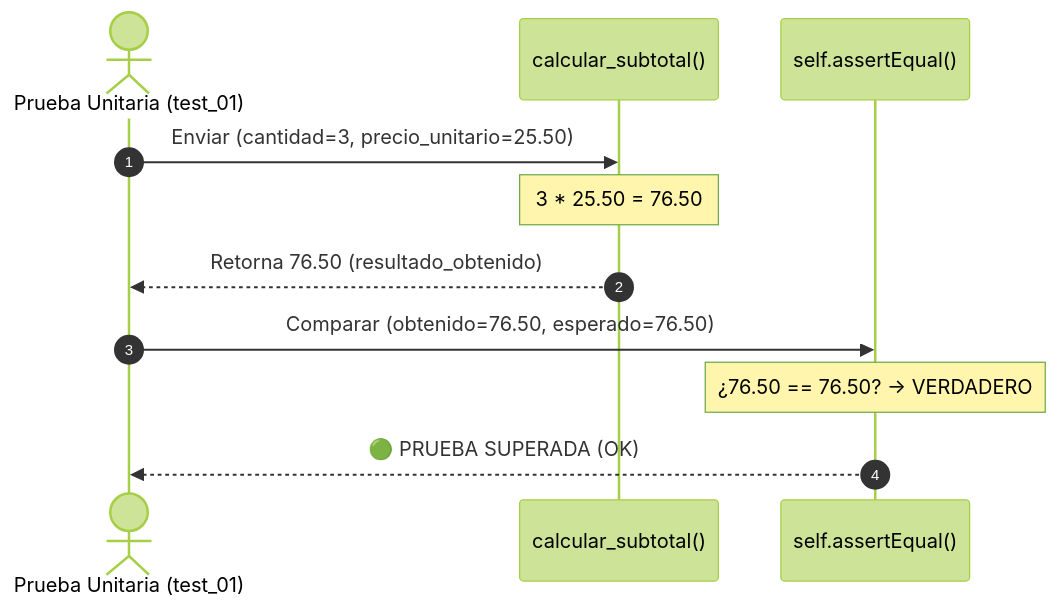
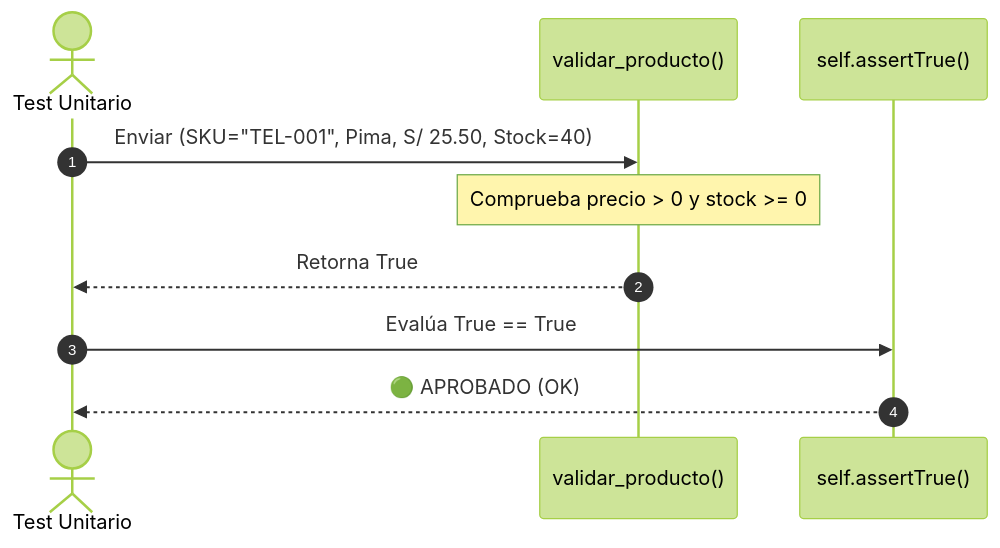
The third of 6 diagrams in pruebasUnitarias.md (AlvaroJesusC/web-textil), drawn with Mermaid (forest theme) before and after one commit. The commit also changed other lines of this file and 1 other file, not shown here.

````diff
--- a/pruebasUnitarias.md
+++ b/pruebasUnitarias.md
@@ -90,14 +91,13 @@
 ```mermaid
 sequenceDiagram
     autonumber
-    actor Tester as Prueba Unitaria (test_01)
-    participant Func as calcular_subtotal()
-    participant Assert as self.assertEqual()
+    actor Test as Test Unitario
+    participant Func as validar_producto()
+    participant Assert as self.assertTrue()
 
-    Tester->>Func: Enviar (cantidad=3, precio_unitario=25.50)
-    Note over Func: 3 * 25.50 = 76.50
-    Func-->>Tester: Retorna 76.50 (resultado_obtenido)
-    Tester->>Assert: Comparar (obtenido=76.50, esperado=76.50)
-    Note over Assert: ¿76.50 == 76.50? -> VERDADERO
-    Assert-->>Tester: 🟢 PRUEBA SUPERADA (OK)
+    Test->>Func: Enviar (SKU="TEL-001", Pima, S/ 25.50, Stock=40)
+    Note over Func: Comprueba precio > 0 y stock >= 0
+    Func-->>Test: Retorna True
+    Test->>Assert: Evalúa True == True
+    Assert-->>Test: 🟢 APROBADO (OK)
 ```
````
